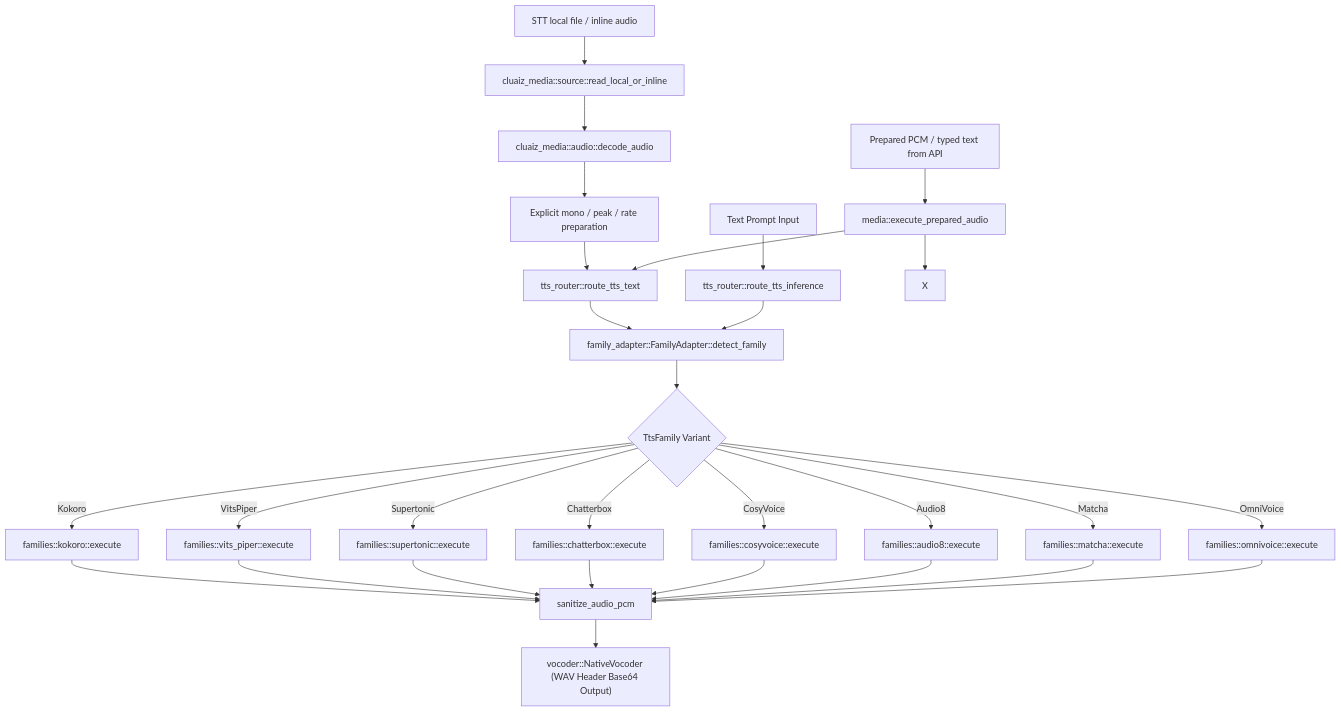
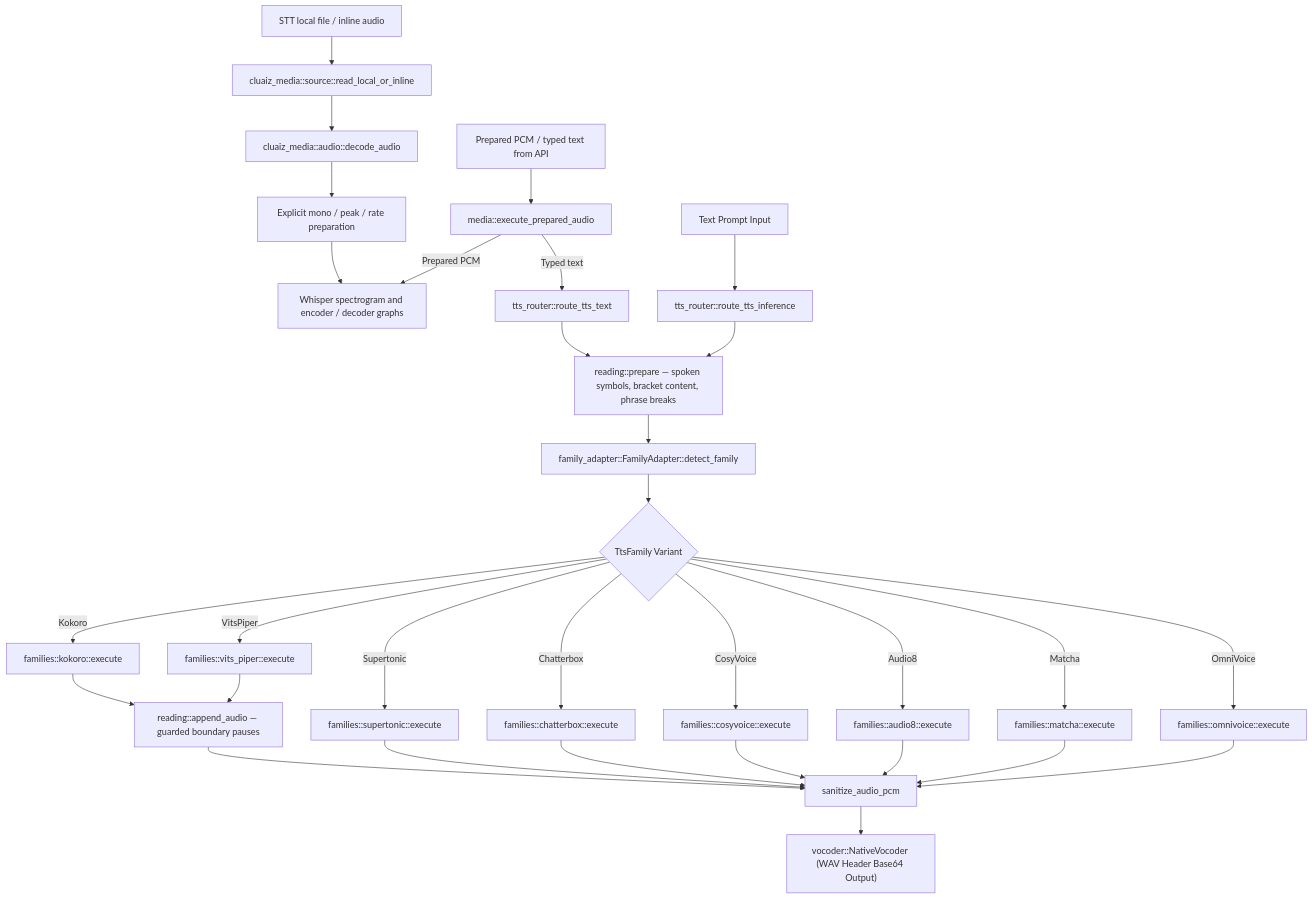
One commit to cluaiz/cluaiz changed the diagram in engine/onnx/src/audio/README.md. Above: the diagram before and after it, drawn with Mermaid. The commit also changed other lines of this file and 8 other files, not shown here.

First line of the commit message:
fix(tts): preserve bracket content and prepare spoken punctuation

````diff
--- a/engine/onnx/src/audio/README.md
+++ b/engine/onnx/src/audio/README.md
@@ -12,34 +12,36 @@
 ```mermaid
 graph TD
     S["STT local file / inline audio"] --> R["cluaiz_media::source::read_local_or_inline"]
     R --> P["cluaiz_media::audio::decode_audio"]
     P --> Q["Explicit mono / peak / rate preparation"]
-    Q --> W["Whisper spectrogram and encoder / decoder graphs"]
+    Q --> STT["Whisper spectrogram and encoder / decoder graphs"]
     A["Text Prompt Input"] --> B["tts_router::route_tts_inference"]
     U["Prepared PCM / typed text from API"] --> V["media::execute_prepared_audio"]
-    V --> X
-    V --> W["tts_router::route_tts_text"]
-    W --> C
-    B --> C["family_adapter::FamilyAdapter::detect_family"]
+    V -->|"Prepared PCM"| STT
+    V -->|"Typed text"| T["tts_router::route_tts_text"]
+    T --> R1["reading::prepare — spoken symbols, bracket content, phrase breaks"]
+    B --> R1
+    R1 --> C["family_adapter::FamilyAdapter::detect_family"]
     C --> D{"TtsFamily Variant"}
     
     D -->|"Kokoro"| E["families::kokoro::execute"]
     D -->|"VitsPiper"| F["families::vits_piper::execute"]
     D -->|"Supertonic"| G["families::supertonic::execute"]
     D -->|"Chatterbox"| H["families::chatterbox::execute"]
     D -->|"CosyVoice"| I["families::cosyvoice::execute"]
     D -->|"Audio8"| J["families::audio8::execute"]
     D -->|"Matcha"| K["families::matcha::execute"]
     D -->|"OmniVoice"| L["families::omnivoice::execute"]
     
-    E --> M["sanitize_audio_pcm"]
-    F --> M
+    E --> PJ["reading::append_audio — guarded boundary pauses"]
+    F --> PJ
+    PJ --> M["sanitize_audio_pcm"]
     G --> M
     H --> M
     I --> M
     J --> M
     K --> M
     L --> M
     
     M --> N["vocoder::NativeVocoder (WAV Header Base64 Output)"]
 ```
````
